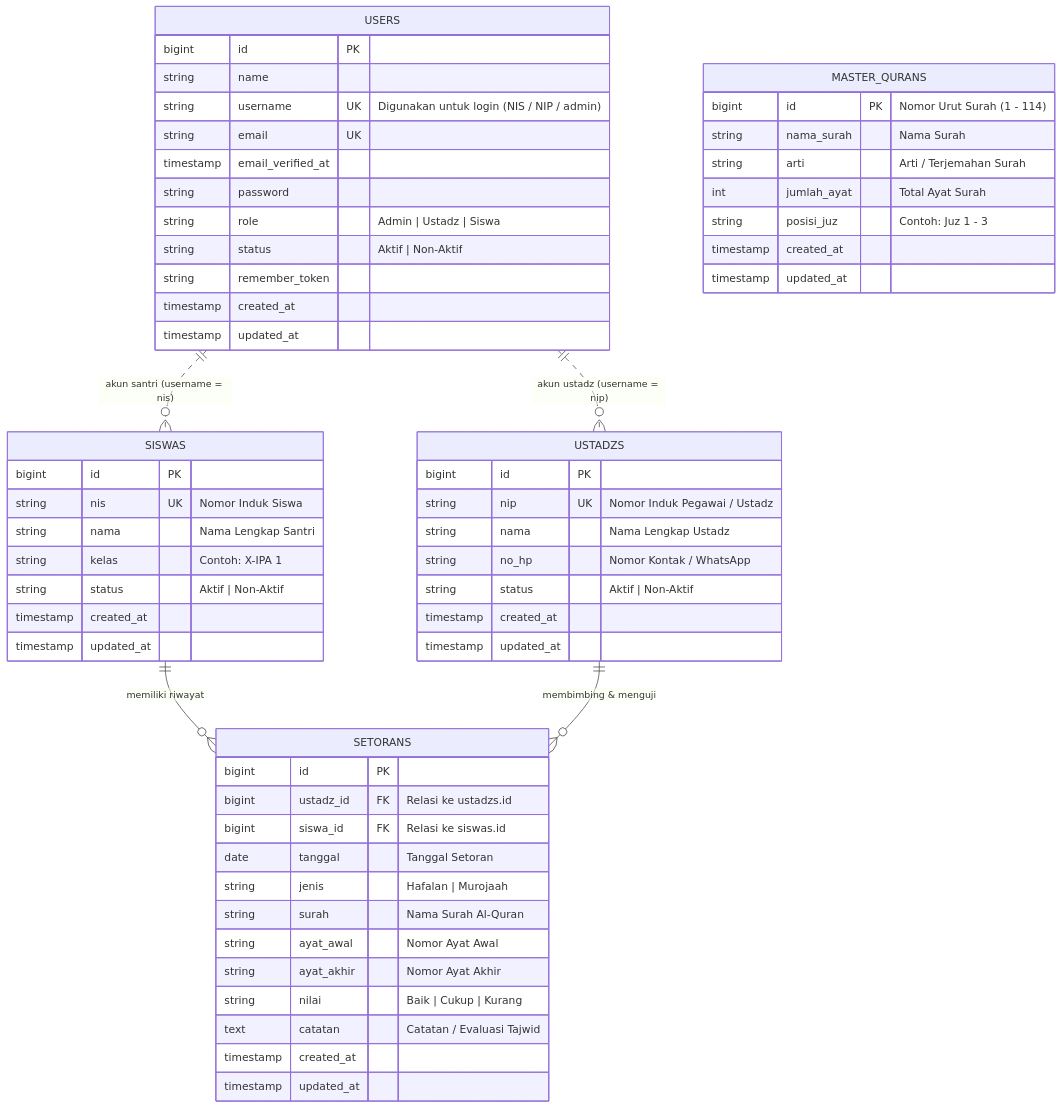
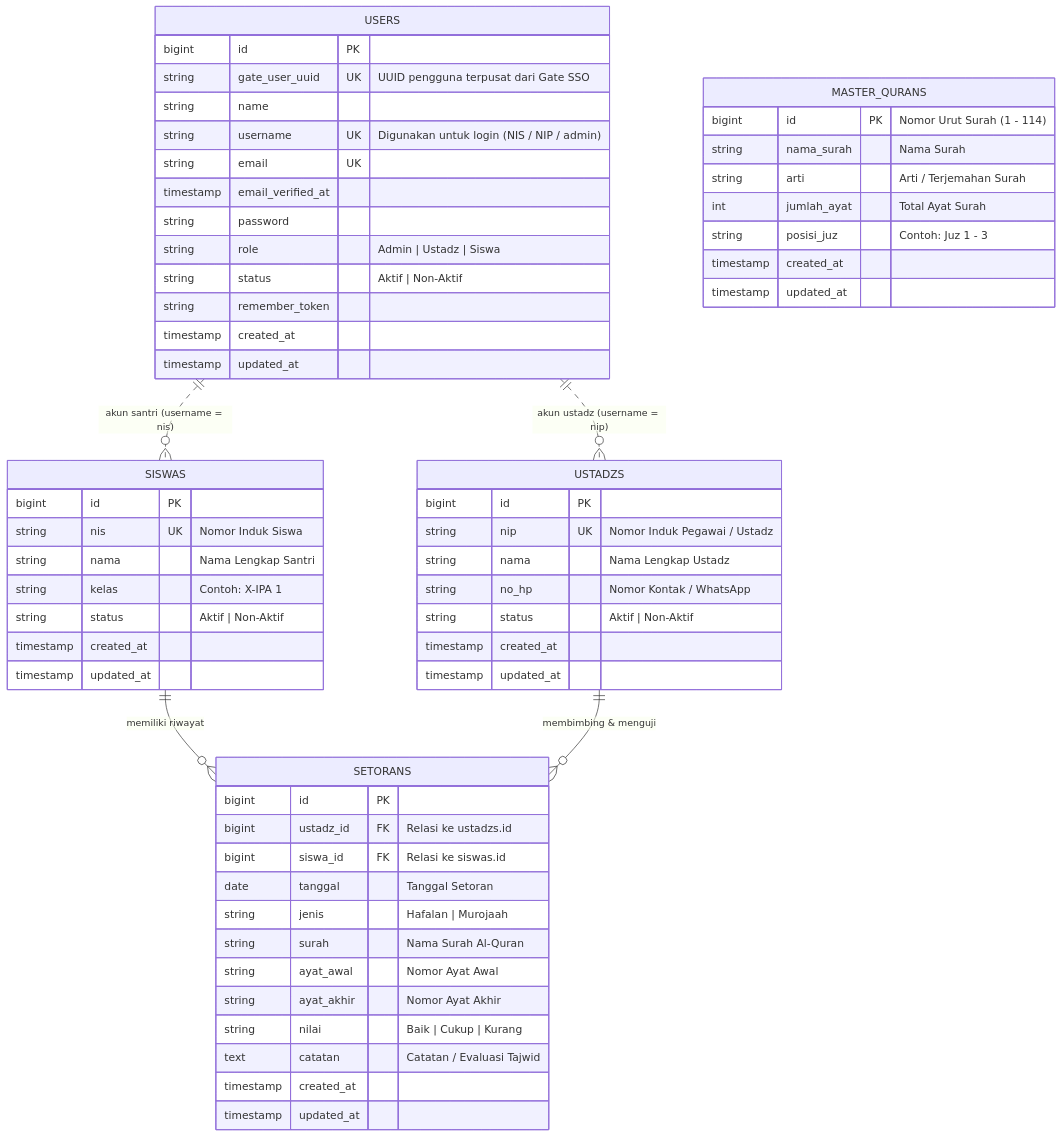
Before and after one commit to arryand7/tahfidz-monitoring: the second of 8 diagrams in docs/GRAPHIFY.md, drawn with Mermaid. The commit also changed other lines of this file and 13 other files, not shown here.

Commit message:
feat: implement Gate SSO user sync with dry-run preview and selective provisioning

````diff
--- a/docs/GRAPHIFY.md
+++ b/docs/GRAPHIFY.md
@@ -65,66 +65,67 @@
 ```mermaid
 erDiagram
     USERS {
         bigint id PK
+        string gate_user_uuid UK "UUID pengguna terpusat dari Gate SSO"
         string name
         string username UK "Digunakan untuk login (NIS / NIP / admin)"
         string email UK
         timestamp email_verified_at
         string password
         string role "Admin | Ustadz | Siswa"
         string status "Aktif | Non-Aktif"
         string remember_token
         timestamp created_at
         timestamp updated_at
     }
 
     SISWAS {
         bigint id PK
         string nis UK "Nomor Induk Siswa"
         string nama "Nama Lengkap Santri"
         string kelas "Contoh: X-IPA 1"
         string status "Aktif | Non-Aktif"
         timestamp created_at
         timestamp updated_at
     }
 
     USTADZS {
         bigint id PK
         string nip UK "Nomor Induk Pegawai / Ustadz"
         string nama "Nama Lengkap Ustadz"
         string no_hp "Nomor Kontak / WhatsApp"
         string status "Aktif | Non-Aktif"
         timestamp created_at
         timestamp updated_at
     }
 
     SETORANS {
         bigint id PK
         bigint ustadz_id FK "Relasi ke ustadzs.id"
         bigint siswa_id FK "Relasi ke siswas.id"
         date tanggal "Tanggal Setoran"
         string jenis "Hafalan | Murojaah"
         string surah "Nama Surah Al-Quran"
         string ayat_awal "Nomor Ayat Awal"
         string ayat_akhir "Nomor Ayat Akhir"
         string nilai "Baik | Cukup | Kurang"
         text catatan "Catatan / Evaluasi Tajwid"
         timestamp created_at
         timestamp updated_at
     }
 
     MASTER_QURANS {
         bigint id PK "Nomor Urut Surah (1 - 114)"
         string nama_surah "Nama Surah"
         string arti "Arti / Terjemahan Surah"
         int jumlah_ayat "Total Ayat Surah"
         string posisi_juz "Contoh: Juz 1 - 3"
         timestamp created_at
         timestamp updated_at
     }
 
     SISWAS ||--o{ SETORANS : "memiliki riwayat"
     USTADZS ||--o{ SETORANS : "membimbing & menguji"
     USERS ||..o{ SISWAS : "akun santri (username = nis)"
     USERS ||..o{ USTADZS : "akun ustadz (username = nip)"
 ```
````
